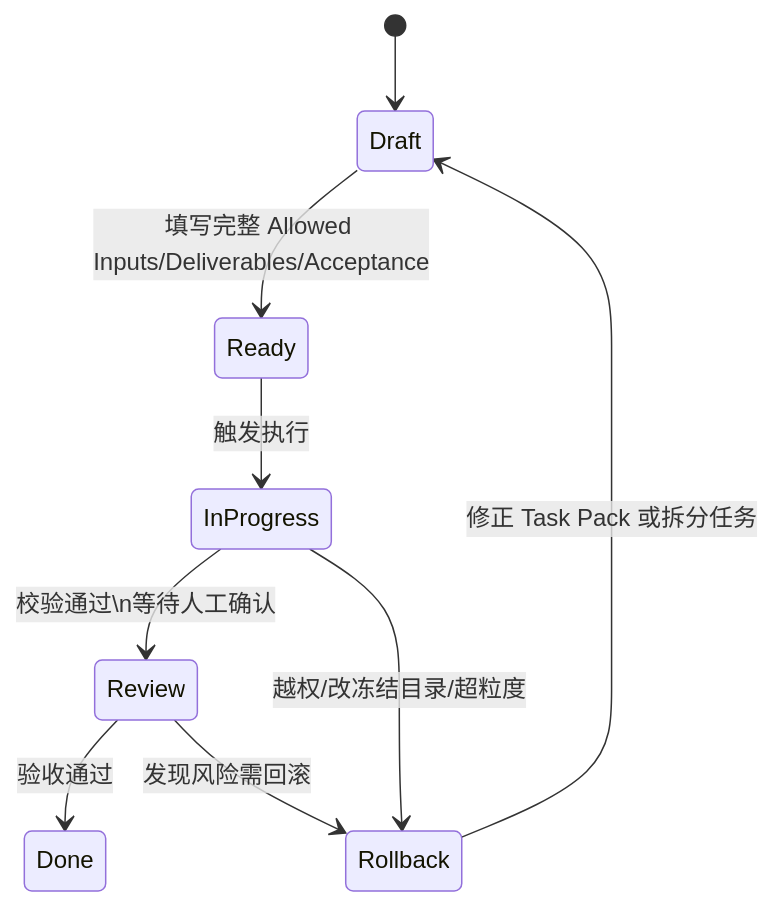
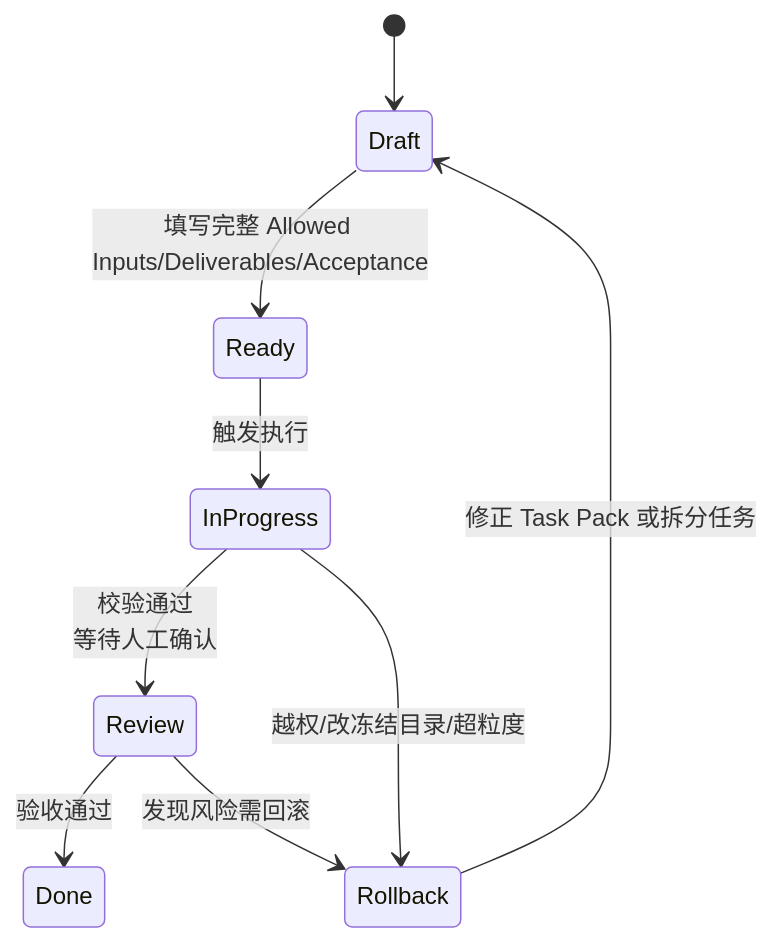
One commit to angelash/Footnote changed the fourth of 4 diagrams in docs/02_specs/pipelines/n8n_cursor_cli_overview.md. Above: the diagram before and after it, drawn with Mermaid. The commit also changed other lines of this file and 7 other files, not shown here.

````diff
--- a/docs/02_specs/pipelines/n8n_cursor_cli_overview.md
+++ b/docs/02_specs/pipelines/n8n_cursor_cli_overview.md
@@ -136,11 +136,11 @@
 ```mermaid
 stateDiagram-v2
   [*] --> Draft
   Draft --> Ready: 填写完整 Allowed Inputs/Deliverables/Acceptance
   Ready --> InProgress: 触发执行
-  InProgress --> Review: 校验通过\n等待人工确认
+  InProgress --> Review: 校验通过<br/>等待人工确认
   Review --> Done: 验收通过
   InProgress --> Rollback: 越权/改冻结目录/超粒度
   Review --> Rollback: 发现风险需回滚
   Rollback --> Draft: 修正 Task Pack 或拆分任务
 ```
````
